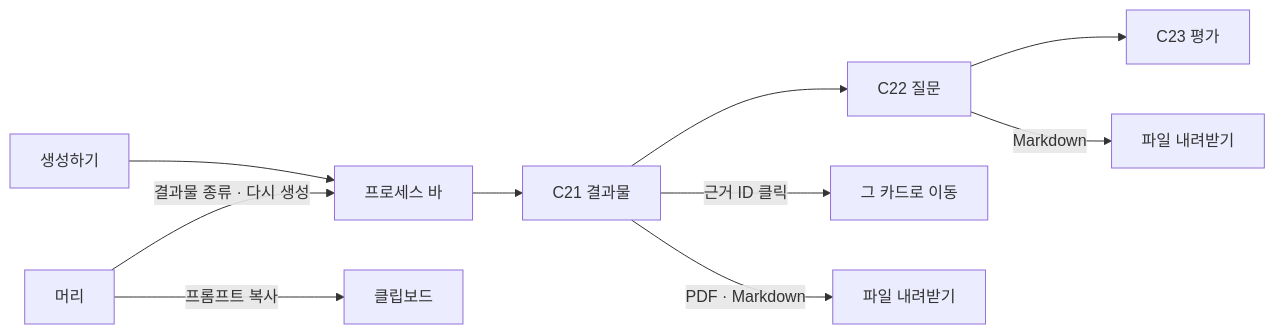
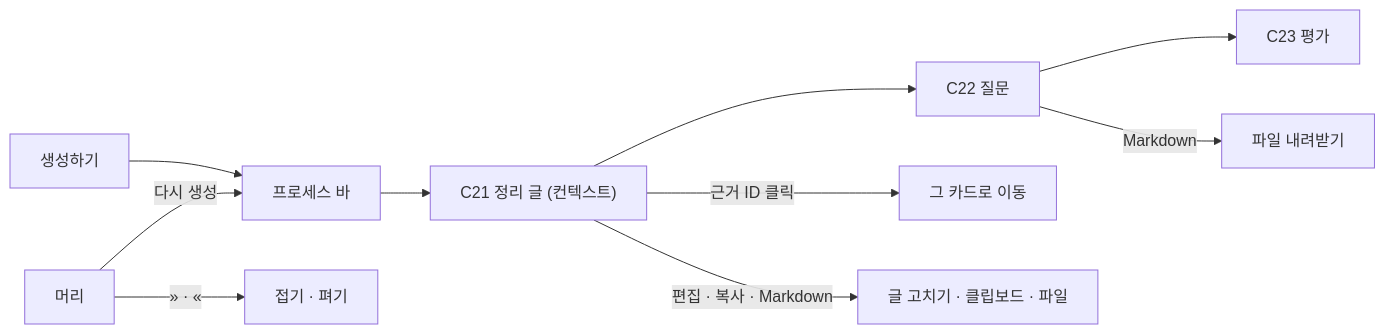
The seventh of 12 diagrams in docs/frontend/ia.md (vamos-team/telescope), drawn with Mermaid before and after one commit. The commit also changed other lines of this file and 3 other files, not shown here.

````diff
--- a/docs/frontend/ia.md
+++ b/docs/frontend/ia.md
@@ -288,10 +293,10 @@
 ```mermaid
 flowchart LR
   G["생성하기"] --> P["프로세스 바"]
-  P --> D["C21 결과물"] --> Q["C22 질문"] --> E["C23 평가"]
+  P --> D["C21 정리 글 (컨텍스트)"] --> Q["C22 질문"] --> E["C23 평가"]
   D -->|근거 ID 클릭| D2["그 카드로 이동"]
-  D -->|"PDF · Markdown"| D3["파일 내려받기"]
+  D -->|"편집 · 복사 · Markdown"| D3["글 고치기 · 클립보드 · 파일"]
   Q -->|Markdown| Q3["파일 내려받기"]
-  H["머리"] -->|"결과물 종류 · 다시 생성"| P
-  H -->|프롬프트 복사| C2["클립보드"]
+  H["머리"] -->|다시 생성| P
+  H -->|"» · «"| F["접기 · 펴기"]
 ```
````
